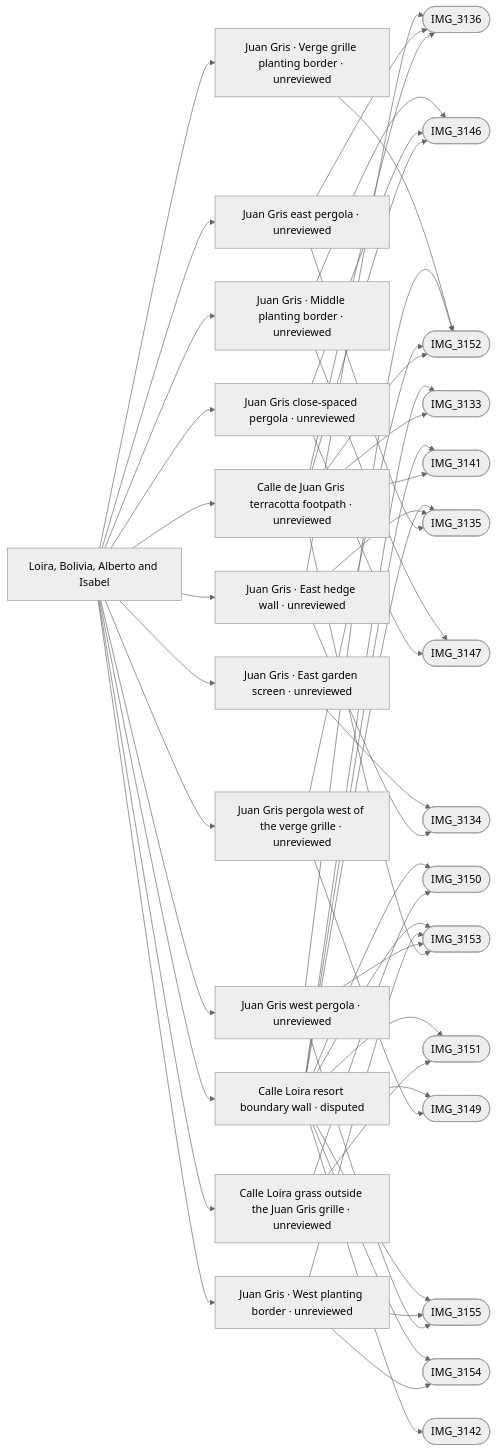
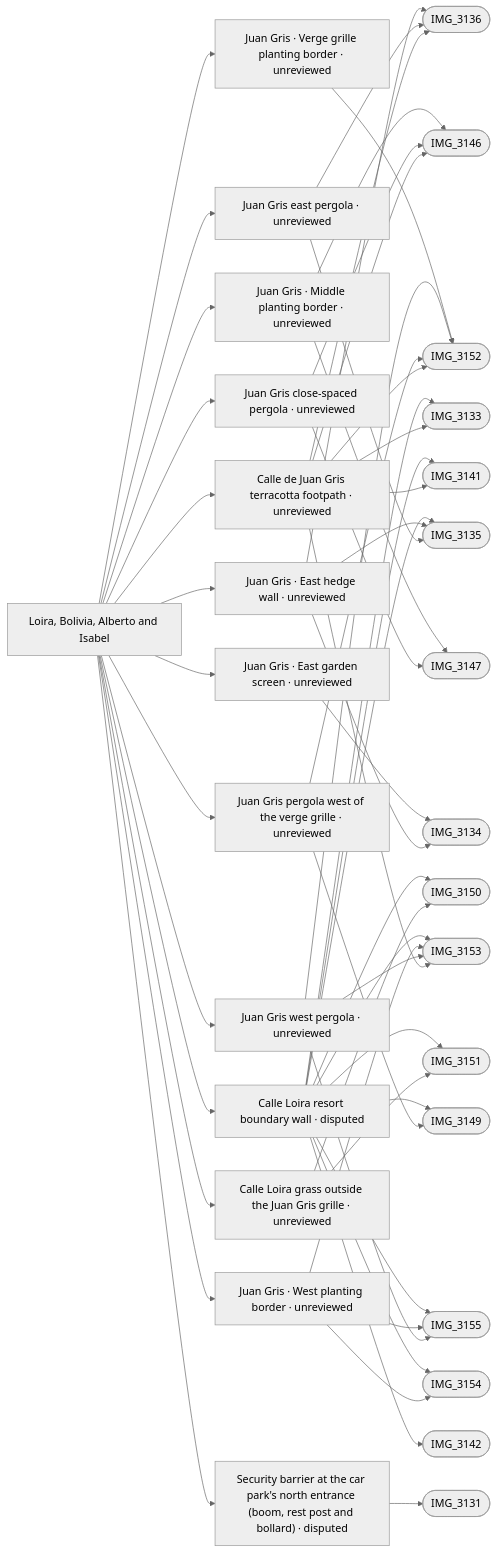
The diagram in refs/areas/north-lanes.md (daveyboyc/villacana-venture), drawn with Mermaid (neutral theme) before and after one commit. The commit also changed other lines of this file and 42 other files, not shown here.

First line of the commit message:
Main car park: security barrier asset, placed at the north entrance

````diff
--- a/refs/areas/north-lanes.md
+++ b/refs/areas/north-lanes.md
@@ -37,53 +37,55 @@
 ```mermaid
 graph LR
   A["Loira, Bolivia, Alberto and Isabel"]
   A --> F0["Calle de Juan Gris terracotta footpath · unreviewed"]
   F0 --> PIMG_3133_jpg(["IMG_3133"])
   F0 --> PIMG_3136_jpg(["IMG_3136"])
   F0 --> PIMG_3141_jpg(["IMG_3141"])
   F0 --> PIMG_3146_jpg(["IMG_3146"])
   F0 --> PIMG_3152_jpg(["IMG_3152"])
   F0 --> PIMG_3153_jpg(["IMG_3153"])
   A --> F1["Calle Loira grass outside the Juan Gris grille · unreviewed"]
   F1 --> PIMG_3150_jpg(["IMG_3150"])
   F1 --> PIMG_3151_jpg(["IMG_3151"])
   A --> F2["Juan Gris east pergola · unreviewed"]
   F2 --> PIMG_3135_jpg(["IMG_3135"])
   F2 --> PIMG_3136_jpg(["IMG_3136"])
   A --> F3["Juan Gris pergola west of the verge grille · unreviewed"]
   F3 --> PIMG_3149_jpg(["IMG_3149"])
   F3 --> PIMG_3152_jpg(["IMG_3152"])
   A --> F4["Juan Gris close-spaced pergola · unreviewed"]
   F4 --> PIMG_3146_jpg(["IMG_3146"])
   F4 --> PIMG_3147_jpg(["IMG_3147"])
   A --> F5["Juan Gris west pergola · unreviewed"]
   F5 --> PIMG_3152_jpg(["IMG_3152"])
   F5 --> PIMG_3153_jpg(["IMG_3153"])
   F5 --> PIMG_3155_jpg(["IMG_3155"])
   A --> F6["Juan Gris · East hedge wall · unreviewed"]
   F6 --> PIMG_3134_jpg(["IMG_3134"])
   F6 --> PIMG_3135_jpg(["IMG_3135"])
   F6 --> PIMG_3136_jpg(["IMG_3136"])
   A --> F7["Juan Gris · East garden screen · unreviewed"]
   F7 --> PIMG_3134_jpg(["IMG_3134"])
   A --> F8["Juan Gris · Verge grille planting border · unreviewed"]
   F8 --> PIMG_3152_jpg(["IMG_3152"])
   A --> F9["Juan Gris · Middle planting border · unreviewed"]
   F9 --> PIMG_3146_jpg(["IMG_3146"])
   F9 --> PIMG_3147_jpg(["IMG_3147"])
   A --> F10["Juan Gris · West planting border · unreviewed"]
   F10 --> PIMG_3153_jpg(["IMG_3153"])
   F10 --> PIMG_3154_jpg(["IMG_3154"])
   F10 --> PIMG_3155_jpg(["IMG_3155"])
   A --> F11["Calle Loira resort boundary wall · disputed"]
   F11 --> PIMG_3133_jpg(["IMG_3133"])
   F11 --> PIMG_3135_jpg(["IMG_3135"])
   F11 --> PIMG_3141_jpg(["IMG_3141"])
   F11 --> PIMG_3142_jpg(["IMG_3142"])
   F11 --> PIMG_3149_jpg(["IMG_3149"])
   F11 --> PIMG_3150_jpg(["IMG_3150"])
   F11 --> PIMG_3151_jpg(["IMG_3151"])
   F11 --> PIMG_3153_jpg(["IMG_3153"])
   F11 --> PIMG_3154_jpg(["IMG_3154"])
   F11 --> PIMG_3155_jpg(["IMG_3155"])
+  A --> F12["Security barrier at the car park's north entrance (boom, rest post and bollard) · disputed"]
+  F12 --> PIMG_3131_jpg(["IMG_3131"])
 ```
````
